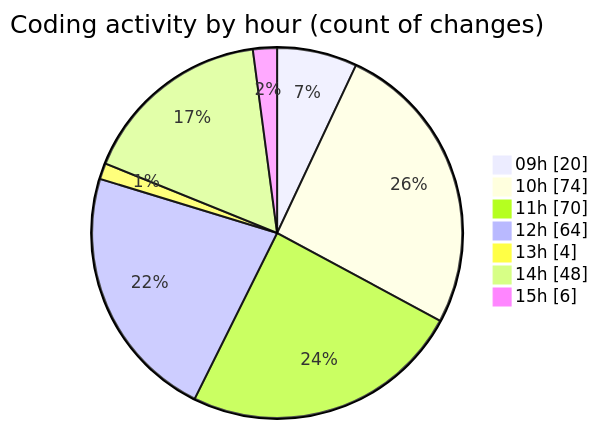
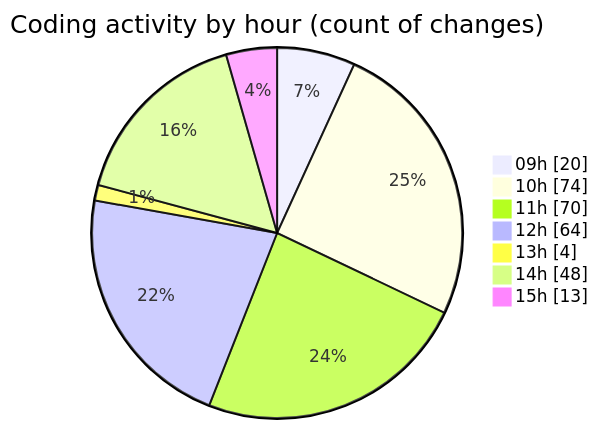
Before and after one commit to CELIANVF/code-tracking: the second of 2 diagrams in 2025-06-06/ecodeli-1/README.md, drawn with Mermaid. The commit also changed other lines of this file and 1 other file, not shown here.

````diff
--- a/2025-06-06/ecodeli-1/README.md
+++ b/2025-06-06/ecodeli-1/README.md
@@ -106,11 +106,11 @@
 ```mermaid
 pie showData
 title Coding activity by hour (count of changes)
 "09h" : 20
 "10h" : 74
 "11h" : 70
 "12h" : 64
 "13h" : 4
 "14h" : 48
-"15h" : 6
+"15h" : 13
 ```
````
